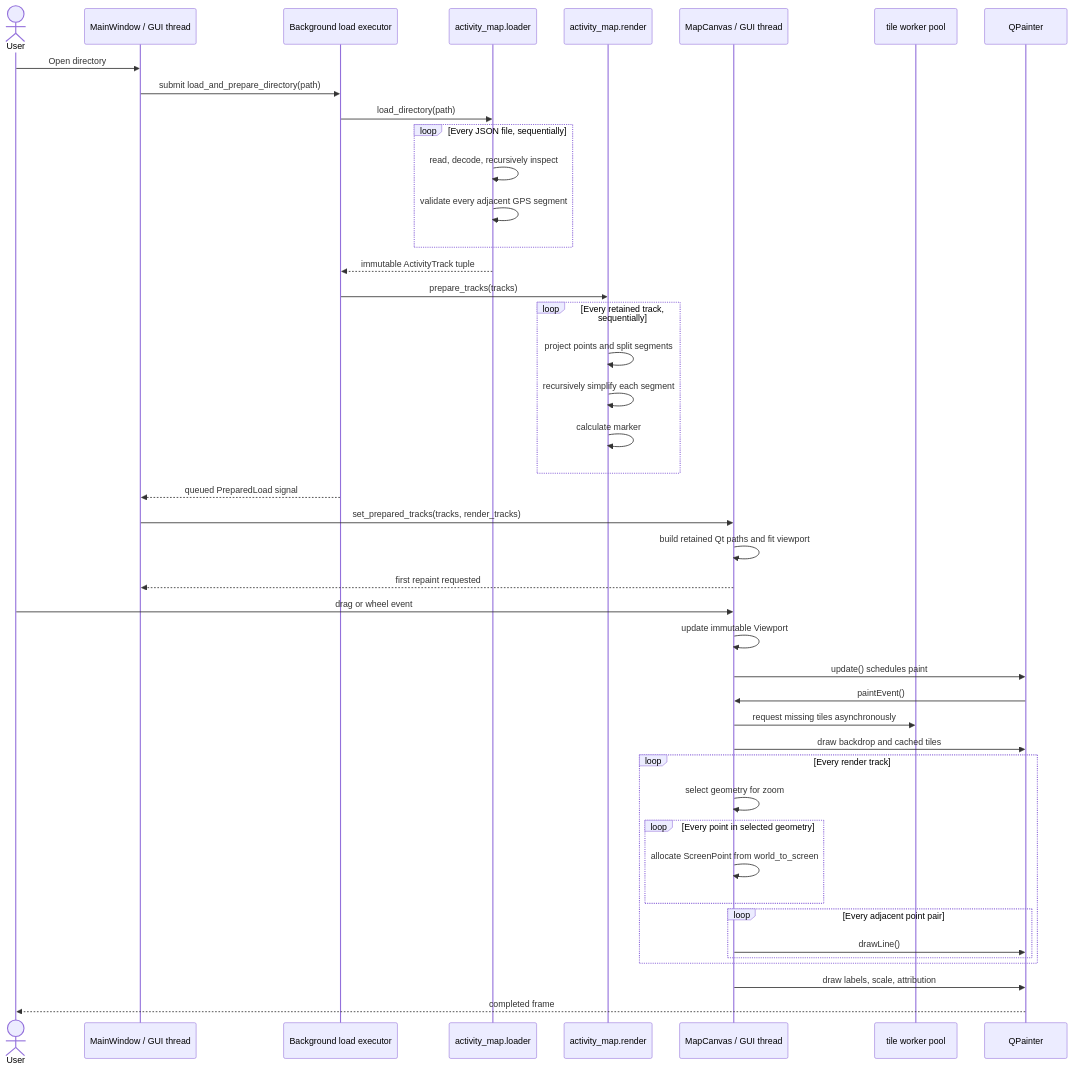
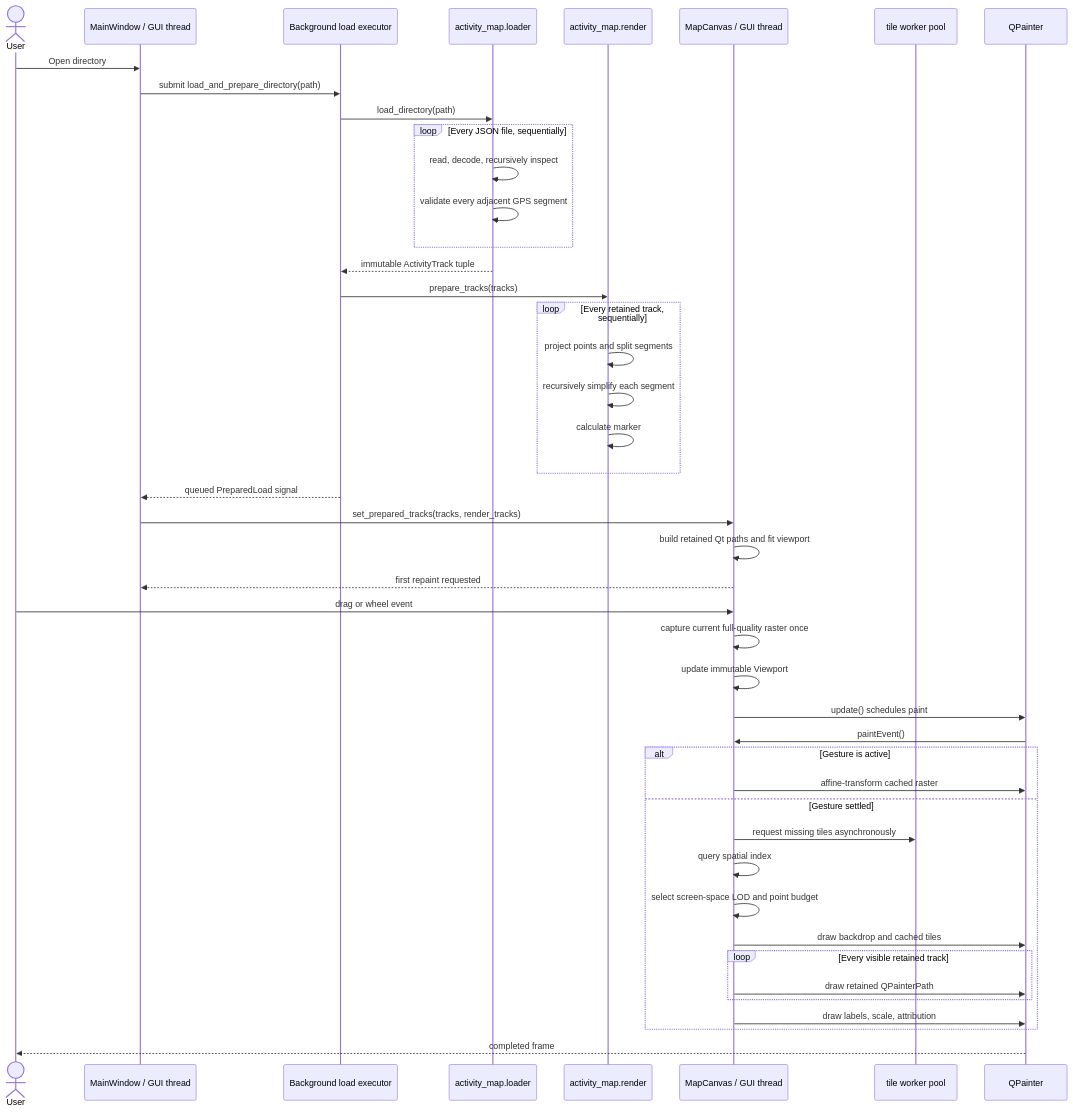
Before and after one commit to marcelpetrick/GarminActivityMap: the second of 3 diagrams in documents/data_flow.md, drawn with Mermaid. The commit also changed 8 other files, not shown here.

````diff
--- a/documents/data_flow.md
+++ b/documents/data_flow.md
@@ -66,48 +66,49 @@
 ```mermaid
 sequenceDiagram
   actor User
   participant Window as MainWindow / GUI thread
   participant Worker as Background load executor
   participant Loader as activity_map.loader
   participant Render as activity_map.render
   participant Canvas as MapCanvas / GUI thread
   participant Tiles as tile worker pool
   participant Qt as QPainter
 
   User->>Window: Open directory
   Window->>Worker: submit load_and_prepare_directory(path)
   Worker->>Loader: load_directory(path)
   loop Every JSON file, sequentially
     Loader->>Loader: read, decode, recursively inspect
     Loader->>Loader: validate every adjacent GPS segment
   end
   Loader-->>Worker: immutable ActivityTrack tuple
   Worker->>Render: prepare_tracks(tracks)
   loop Every retained track, sequentially
     Render->>Render: project points and split segments
     Render->>Render: recursively simplify each segment
     Render->>Render: calculate marker
   end
   Worker-->>Window: queued PreparedLoad signal
   Window->>Canvas: set_prepared_tracks(tracks, render_tracks)
   Canvas->>Canvas: build retained Qt paths and fit viewport
   Canvas-->>Window: first repaint requested
 
   User->>Canvas: drag or wheel event
+  Canvas->>Canvas: capture current full-quality raster once
   Canvas->>Canvas: update immutable Viewport
   Canvas->>Qt: update() schedules paint
   Qt->>Canvas: paintEvent()
-  Canvas->>Tiles: request missing tiles asynchronously
-  Canvas->>Qt: draw backdrop and cached tiles
-  loop Every render track
-    Canvas->>Canvas: select geometry for zoom
-    loop Every point in selected geometry
-      Canvas->>Canvas: allocate ScreenPoint from world_to_screen
+  alt Gesture is active
+    Canvas->>Qt: affine-transform cached raster
+  else Gesture settled
+    Canvas->>Tiles: request missing tiles asynchronously
+    Canvas->>Canvas: query spatial index
+    Canvas->>Canvas: select screen-space LOD and point budget
+    Canvas->>Qt: draw backdrop and cached tiles
+    loop Every visible retained track
+      Canvas->>Qt: draw retained QPainterPath
     end
-    loop Every adjacent point pair
-      Canvas->>Qt: drawLine()
-    end
+    Canvas->>Qt: draw labels, scale, attribution
   end
-  Canvas->>Qt: draw labels, scale, attribution
   Qt-->>User: completed frame
 ```
````
